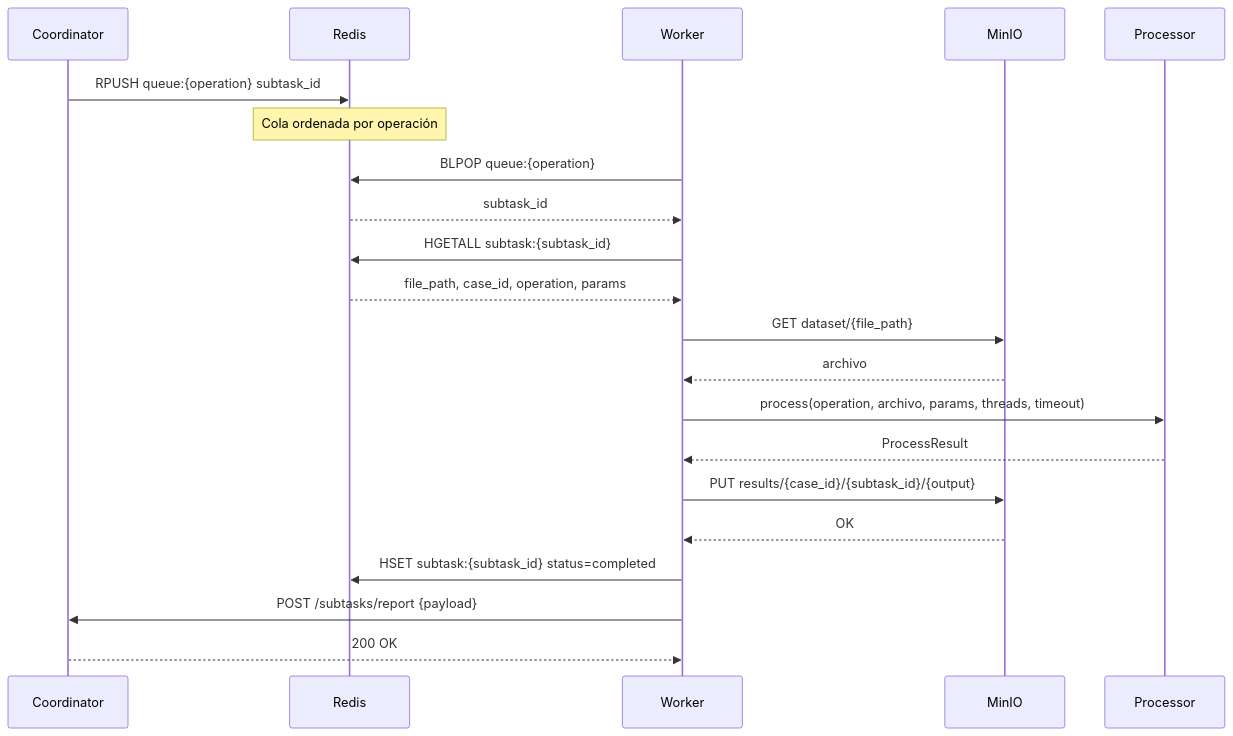
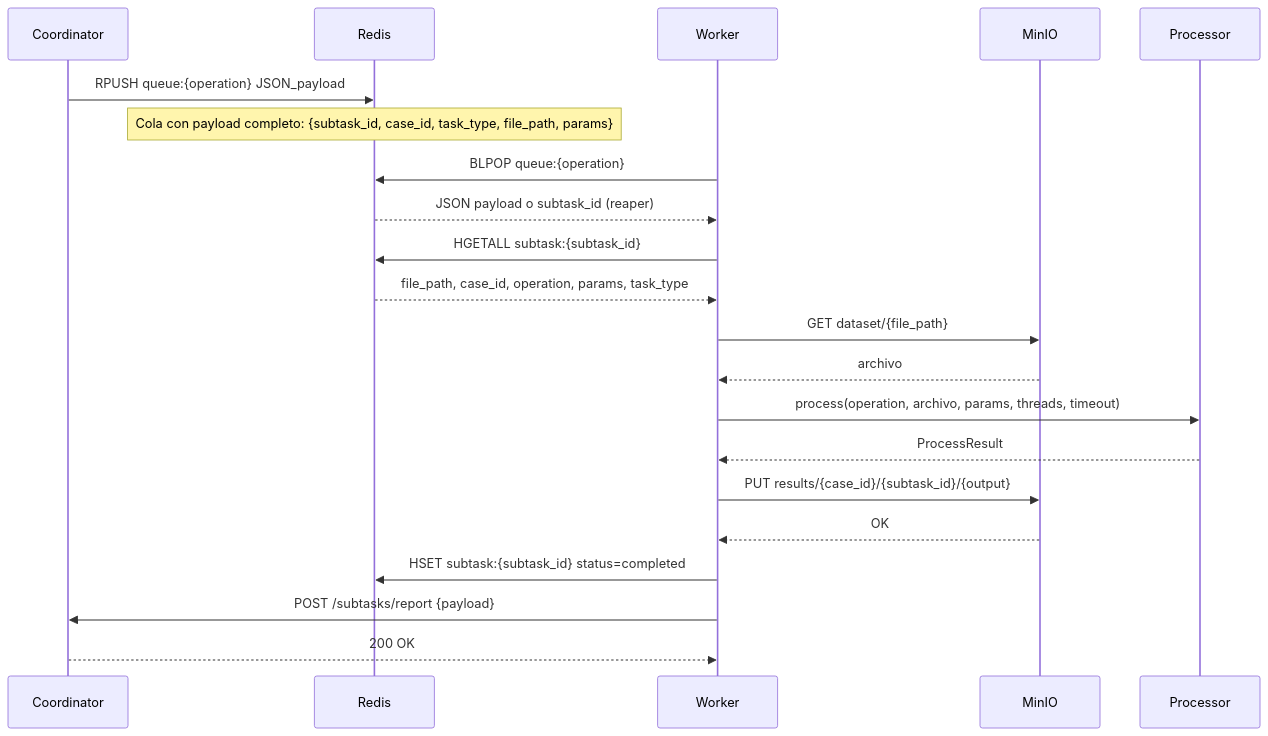
The first of 2 diagrams in docs/WORKER_CONTRACT.md (nahum0804/distributed-processing-platform), drawn with Mermaid before and after one commit. The commit also changed other lines of this file and 2 other files, not shown here.

First line of the commit message:
Update worker docs for coordinator v3

````diff
--- a/docs/WORKER_CONTRACT.md
+++ b/docs/WORKER_CONTRACT.md
@@ -11,31 +11,31 @@
 ```mermaid
 sequenceDiagram
     participant Coordinator
     participant Redis
     participant Worker
     participant MinIO
     participant Processor
 
-    Coordinator->>Redis: RPUSH queue:{operation} subtask_id
-    Note over Redis: Cola ordenada por operación
+    Coordinator->>Redis: RPUSH queue:{operation} JSON_payload
+    Note over Redis: Cola con payload completo: {subtask_id, case_id, task_type, file_path, params}
     
     Worker->>Redis: BLPOP queue:{operation}
-    Redis-->>Worker: subtask_id
+    Redis-->>Worker: JSON payload o subtask_id (reaper)
     
     Worker->>Redis: HGETALL subtask:{subtask_id}
-    Redis-->>Worker: file_path, case_id, operation, params
+    Redis-->>Worker: file_path, case_id, operation, params, task_type
     
     Worker->>MinIO: GET dataset/{file_path}
     MinIO-->>Worker: archivo
     
     Worker->>Processor: process(operation, archivo, params, threads, timeout)
     Processor-->>Worker: ProcessResult
     
     Worker->>MinIO: PUT results/{case_id}/{subtask_id}/{output}
     MinIO-->>Worker: OK
     
     Worker->>Redis: HSET subtask:{subtask_id} status=completed
     
     Worker->>Coordinator: POST /subtasks/report {payload}
     Coordinator-->>Worker: 200 OK
 ```
````
